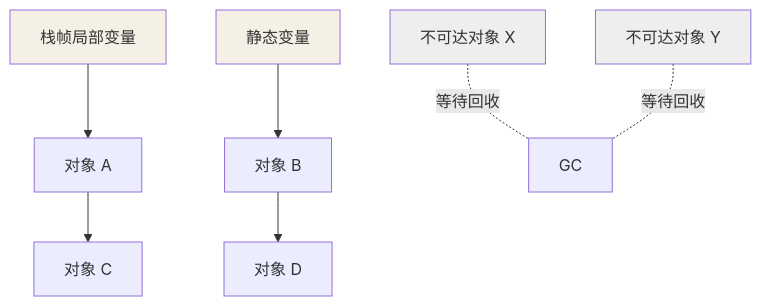
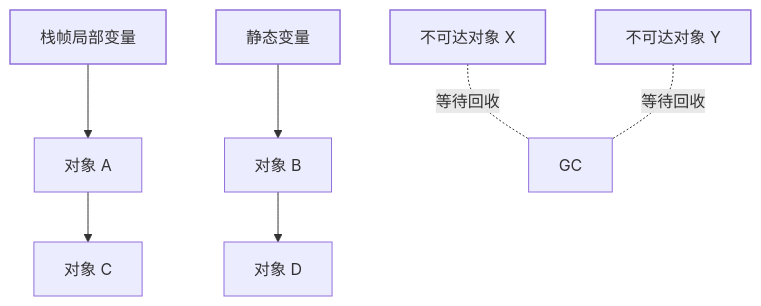
The first of 4 diagrams in src/content/docs/java/advanced/jvm/03-garbage-collection.md (Loadhao/ascension), drawn with Mermaid before and after one commit. The commit also changed other lines of this file and 87 other files, not shown here.

First line of the commit message:
fix: 全站图表配色改由主题接管，修复暗色主题下浅底浅字看不清

````diff
--- a/src/content/docs/java/advanced/jvm/03-garbage-collection.md
+++ b/src/content/docs/java/advanced/jvm/03-garbage-collection.md
@@ -20,14 +20,15 @@
 ```mermaid
 flowchart TB
     R1["栈帧局部变量"] --> A["对象 A"]
     R2["静态变量"] --> B["对象 B"]
     A --> C["对象 C"]
     B --> D["对象 D"]
     X["不可达对象 X"] -.等待回收.- G["GC"]
     Y["不可达对象 Y"] -.等待回收.- G
 
-    style R1 fill:#f5f0e6
-    style R2 fill:#f5f0e6
-    style X fill:#eeeeee
-    style Y fill:#eeeeee
+    class R1 hl
+    class R2 hl
+    class X hl
+    class Y hl
+    classDef hl stroke-width:1.5px
 ```
````
